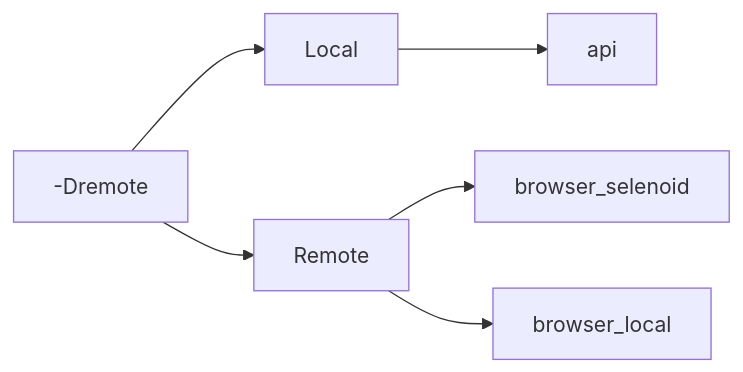
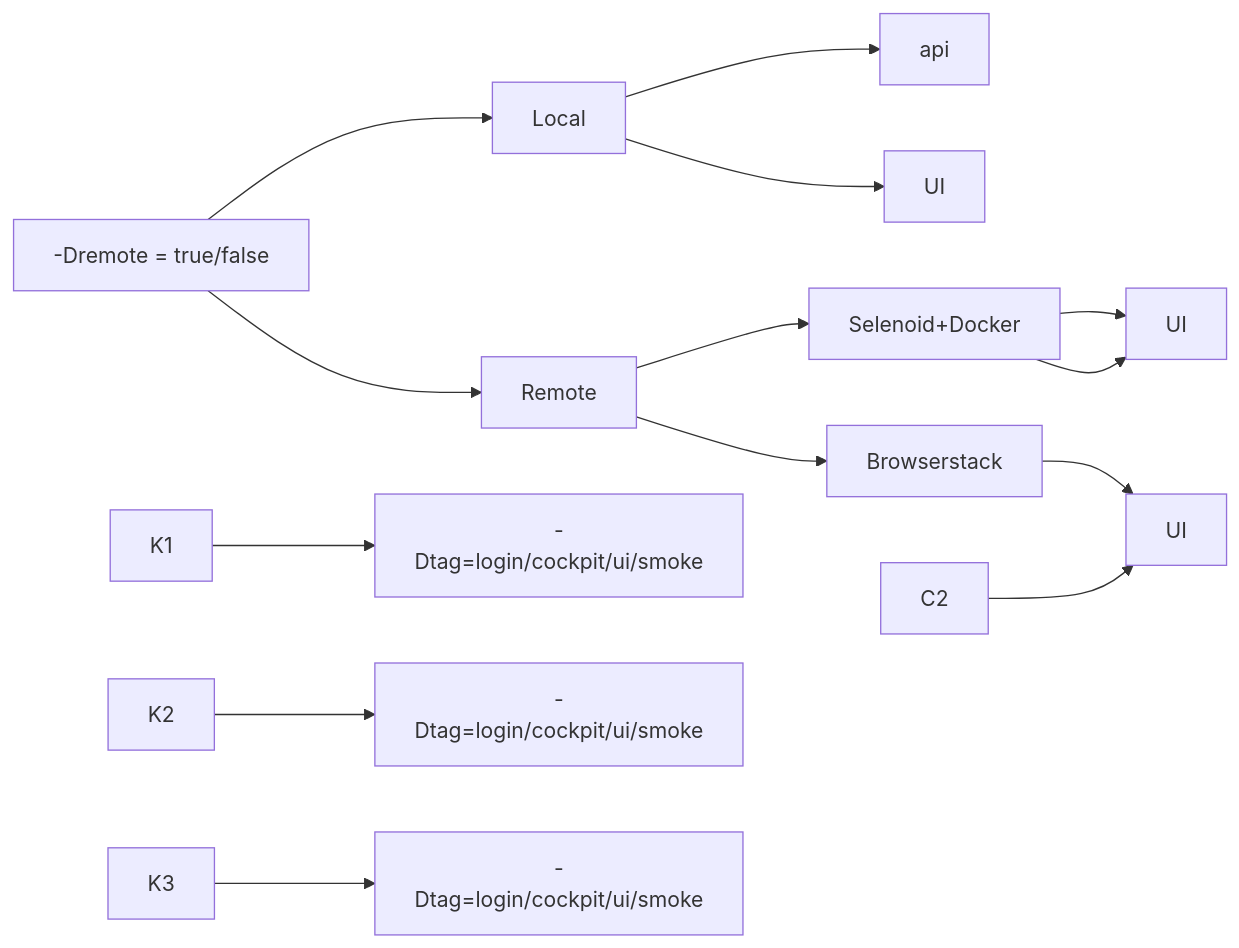
Before and after one commit to berezovskievgenisergeevich/oui-webapp: the second of 2 diagrams in README.md, drawn with Mermaid.

````diff
--- a/README.md
+++ b/README.md
@@ -118,8 +118,17 @@
 ```mermaid
 graph LR
-A[-Dremote] --> B[Local]
+A[-Dremote = true/false] --> B[Local]
 A --> C[Remote]
+C --> C_1[Selenoid+Docker]
+C --> C_2[Browserstack]
 B --> K[api]
-C --> E[browser_selenoid]
-C --> F[browser_local]
+B --> K_1[UI]
+K1 --> E[-Dtag=login/cockpit/ui/smoke]
+C_1 --> K_2[api]
+C_1 --> K_2[UI]
+K2 --> E_2[-Dtag=login/cockpit/ui/smoke]
+C2 --> K_3[api]
+C_2 --> K_3[UI]
+K3 --> E_3[-Dtag=login/cockpit/ui/smoke]
+
 ```
````
